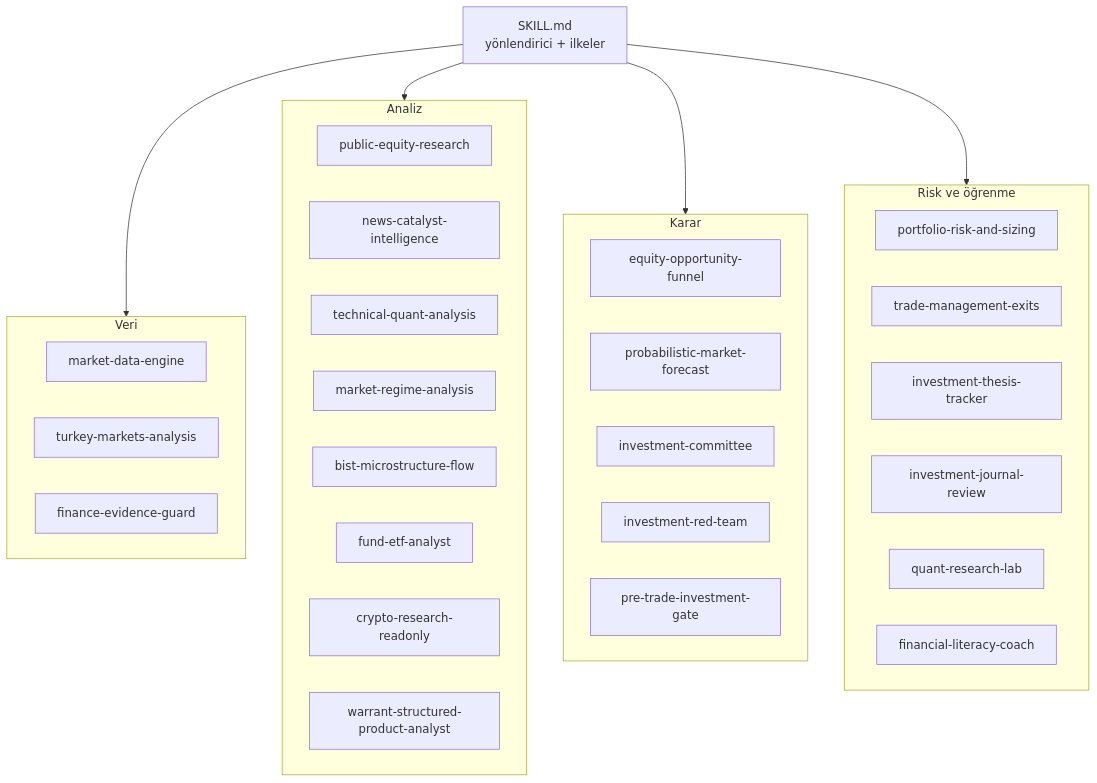
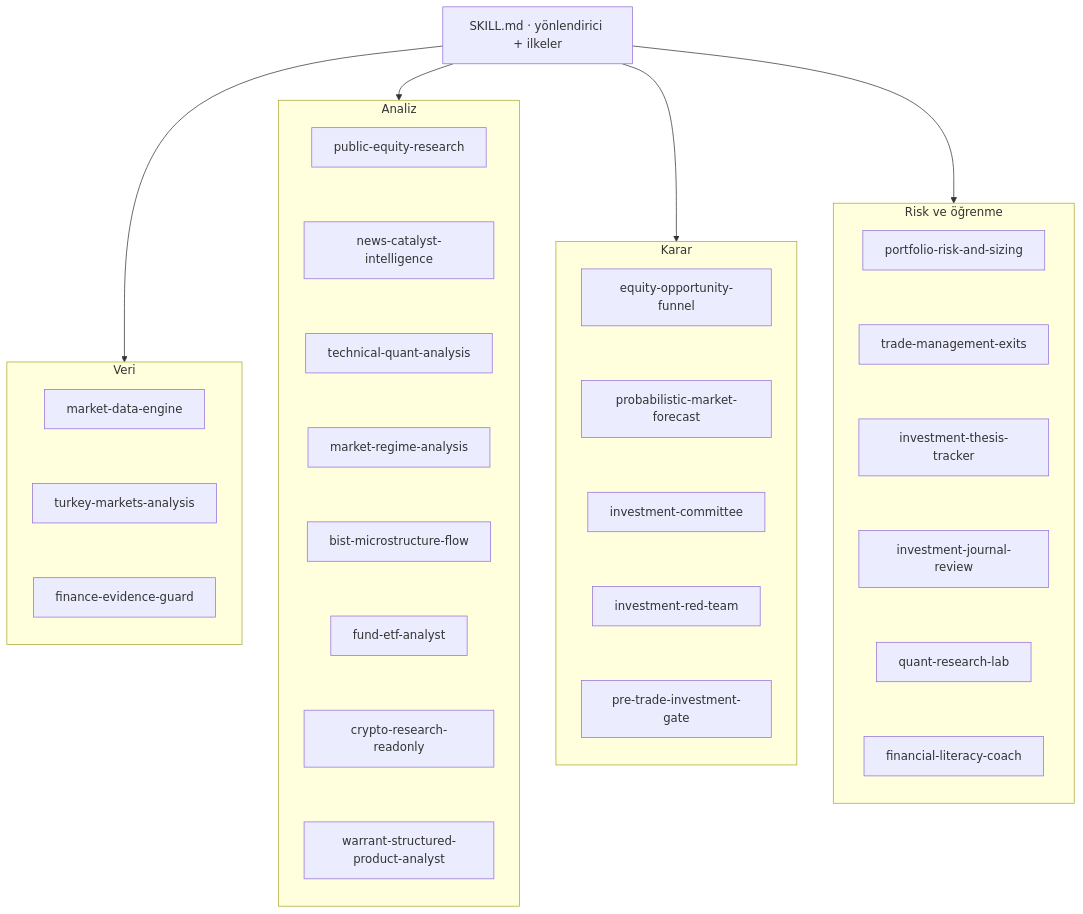
Before and after one commit to yigityildiz0/yigit-investment-copilot: the second of 2 diagrams in README.md, drawn with Mermaid. The commit also changed other lines of this file, not shown here.

Commit message:
README: readable top-down flow and four-column module map

````diff
--- a/README.md
+++ b/README.md
@@ -79,37 +78,21 @@
 ```mermaid
 flowchart TB
-    R[SKILL.md<br/>yönlendirici + ilkeler] --> DATA
-    R --> ANALYSIS
-    R --> DECISION
-    R --> RISK
-    subgraph DATA[Veri]
-      MDE[market-data-engine]
-      TMA[turkey-markets-analysis]
-      FEG[finance-evidence-guard]
+    R["SKILL.md · yönlendirici + ilkeler"]
+    R --> DATA & ANALYSIS & DECISION & RISK
+    subgraph DATA["Veri"]
+      direction TB
+      MDE["market-data-engine"] ~~~ TMA["turkey-markets-analysis"] ~~~ FEG["finance-evidence-guard"]
     end
-    subgraph ANALYSIS[Analiz]
-      PER[public-equity-research]
-      NCI[news-catalyst-intelligence]
-      TQA[technical-quant-analysis]
-      MRA[market-regime-analysis]
-      BMF[bist-microstructure-flow]
-      FEA[fund-etf-analyst]
-      CRY[crypto-research-readonly]
-      WSP[warrant-structured-product-analyst]
+    subgraph ANALYSIS["Analiz"]
+      direction TB
+      PER["public-equity-research"] ~~~ NCI["news-catalyst-intelligence"] ~~~ TQA["technical-quant-analysis"] ~~~ MRA["market-regime-analysis"] ~~~ BMF["bist-microstructure-flow"] ~~~ FEA["fund-etf-analyst"] ~~~ CRY["crypto-research-readonly"] ~~~ WSP["warrant-structured-product-analyst"]
     end
-    subgraph DECISION[Karar]
-      EOF[equity-opportunity-funnel]
-      PMF[probabilistic-market-forecast]
-      IC[investment-committee]
-      IRT[investment-red-team]
-      PTG[pre-trade-investment-gate]
+    subgraph DECISION["Karar"]
+      direction TB
+      EQF["equity-opportunity-funnel"] ~~~ PMF["probabilistic-market-forecast"] ~~~ IC["investment-committee"] ~~~ IRT["investment-red-team"] ~~~ PTG["pre-trade-investment-gate"]
     end
-    subgraph RISK[Risk ve öğrenme]
-      PRS[portfolio-risk-and-sizing]
-      TME[trade-management-exits]
-      ITT[investment-thesis-tracker]
-      IJR[investment-journal-review]
-      QRL[quant-research-lab]
-      FLC[financial-literacy-coach]
+    subgraph RISK["Risk ve öğrenme"]
+      direction TB
+      PRS["portfolio-risk-and-sizing"] ~~~ TME["trade-management-exits"] ~~~ ITT["investment-thesis-tracker"] ~~~ IJR["investment-journal-review"] ~~~ QRL["quant-research-lab"] ~~~ FLC["financial-literacy-coach"]
     end
 ```
````
